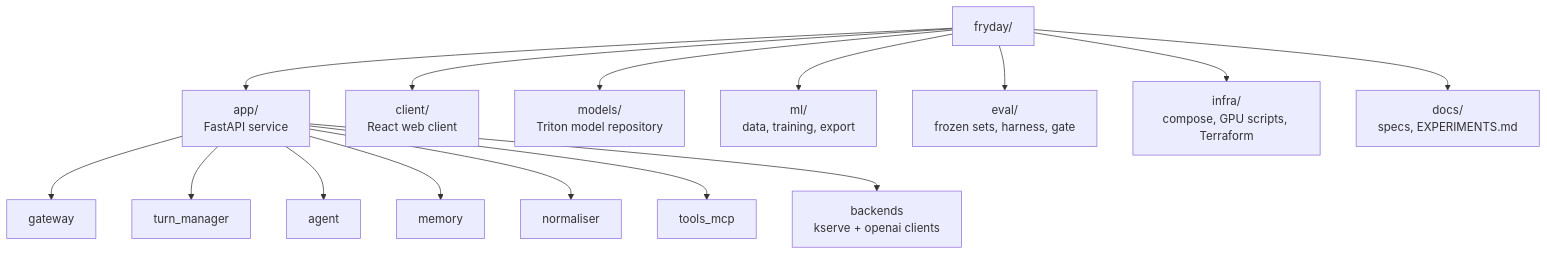
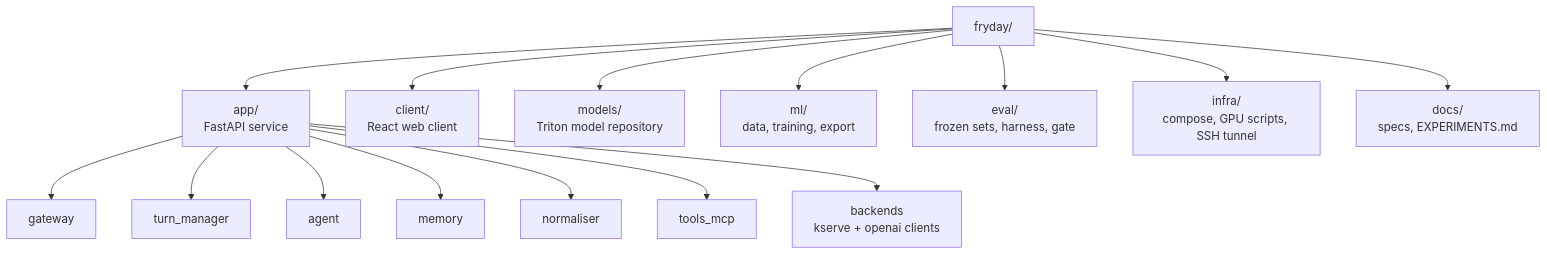
The fourth of 15 diagrams in docs/specs/2026-10-04-fryday-architecture.md (Analyst-Harsh/Fryday), drawn with Mermaid before and after one commit. The commit also changed other lines of this file and 17 other files, not shown here.

First line of the commit message:
docs: HLD v4 decisions and phased implementation roadmap

````diff
--- a/docs/specs/2026-10-04-fryday-architecture.md
+++ b/docs/specs/2026-10-04-fryday-architecture.md
@@ -285,19 +285,19 @@
 ```mermaid
 flowchart TB
     ROOT[fryday/]
     ROOT --> APPD[app/<br/>FastAPI service]
     ROOT --> CLI[client/<br/>React web client]
     ROOT --> MR[models/<br/>Triton model repository]
     ROOT --> MLD[ml/<br/>data, training, export]
     ROOT --> EV[eval/<br/>frozen sets, harness, gate]
-    ROOT --> INF[infra/<br/>compose, GPU scripts, Terraform]
+    ROOT --> INF[infra/<br/>compose, GPU scripts, SSH tunnel]
     ROOT --> DOC[docs/<br/>specs, EXPERIMENTS.md]
 
     APPD --> M1[gateway]
     APPD --> M2[turn_manager]
     APPD --> M3[agent]
     APPD --> M4[memory]
     APPD --> M5[normaliser]
     APPD --> M6[tools_mcp]
     APPD --> M7[backends<br/>kserve + openai clients]
 ```
````
